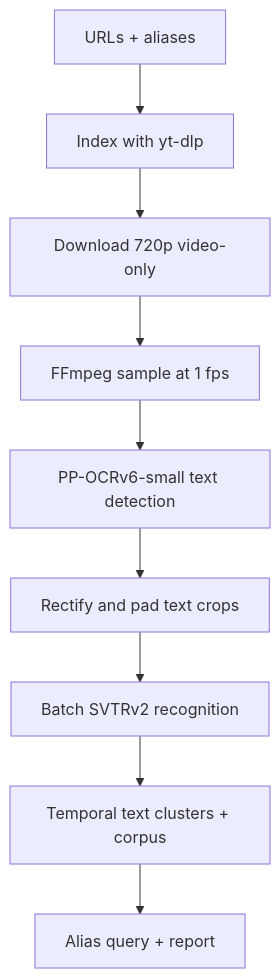
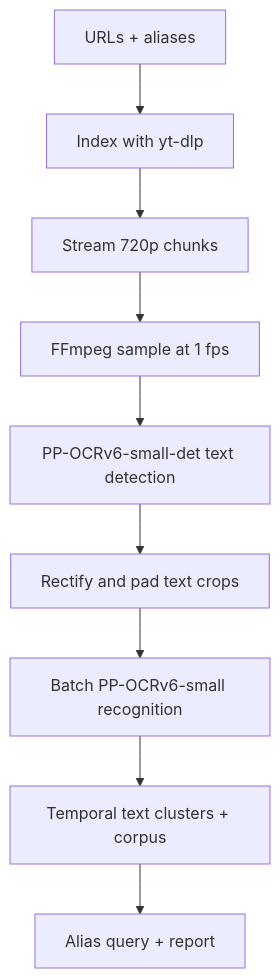
The diagram in docs/high-level-design.md (davidhaas6/tf2-name-scan), drawn with Mermaid before and after one commit. The commit also changed other lines of this file, not shown here.

````diff
--- a/docs/high-level-design.md
+++ b/docs/high-level-design.md
@@ -54,11 +52,11 @@
 ```mermaid
 flowchart TD
     A["URLs + aliases"] --> B["Index with yt-dlp"]
-    B --> C["Download 720p video-only"]
+    B --> C["Stream 720p chunks"]
     C --> D["FFmpeg sample at 1 fps"]
-    D --> E["PP-OCRv6-small text detection"]
+    D --> E["PP-OCRv6-small-det text detection"]
     E --> F["Rectify and pad text crops"]
-    F --> G["Batch SVTRv2 recognition"]
+    F --> G["Batch PP-OCRv6-small recognition"]
     G --> H["Temporal text clusters + corpus"]
     H --> I["Alias query + report"]
 ```
````
